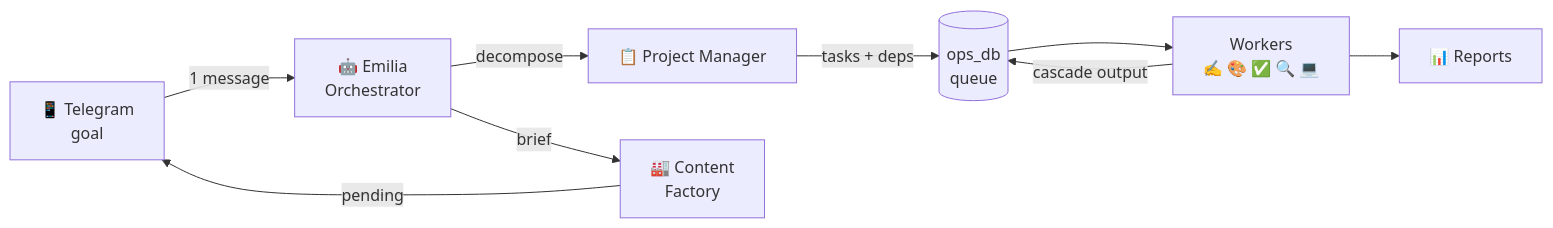
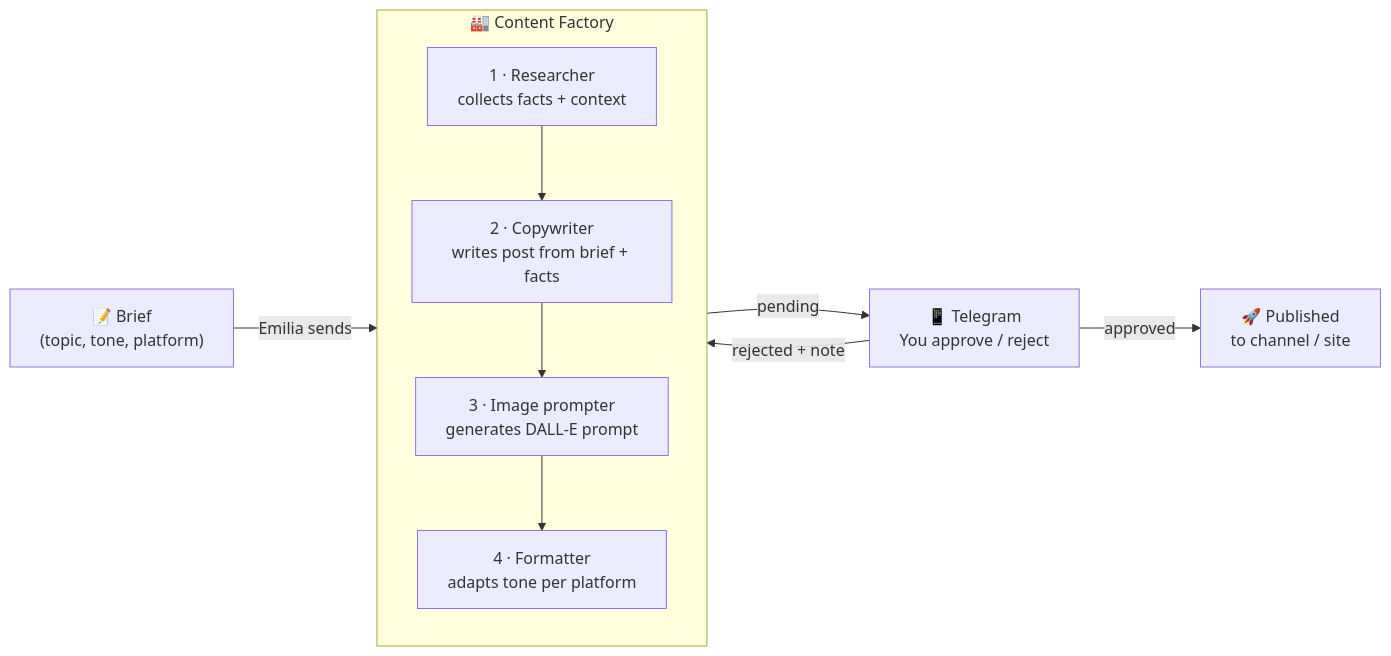
Before and after one commit to Lenis45/Lenis45: the third of 3 diagrams in README.md, drawn with Mermaid. The commit also changed other lines of this file, not shown here.

First line of the commit message:
redesign: full README rewrite — 5 mermaid diagrams, real SQL/code, MCP table, infra map

````diff
--- a/README.md
+++ b/README.md
@@ -41,11 +128,16 @@
 ```mermaid
 flowchart LR
-    You["📱 Telegram\ngoal"] -->|1 message| E["🤖 Emilia\nOrchestrator"]
-    E -->|decompose| PM["📋 Project Manager"]
-    PM -->|tasks + deps| Q[("ops_db\nqueue")]
-    Q --> W["Workers\n✍️ 🎨 ✅ 🔍 💻"]
-    W -->|cascade output| Q
-    W --> R["📊 Reports"]
-    E -->|brief| CF["🏭 Content\nFactory"]
-    CF -->|pending| You
+    B["📝 Brief\n(topic, tone, platform)"] -->|Emilia sends| CF
+
+    subgraph CF["🏭 Content Factory"]
+        direction TB
+        S1["1 · Researcher\ncollects facts + context"] --> S2
+        S2["2 · Copywriter\nwrites post from brief + facts"] --> S3
+        S3["3 · Image prompter\ngenerates DALL-E prompt"] --> S4
+        S4["4 · Formatter\nadapts tone per platform"]
+    end
+
+    CF -->|pending| TG["📱 Telegram\nYou approve / reject"]
+    TG -->|approved| PUB["🚀 Published\nto channel / site"]
+    TG -->|rejected + note| CF
 ```
````
